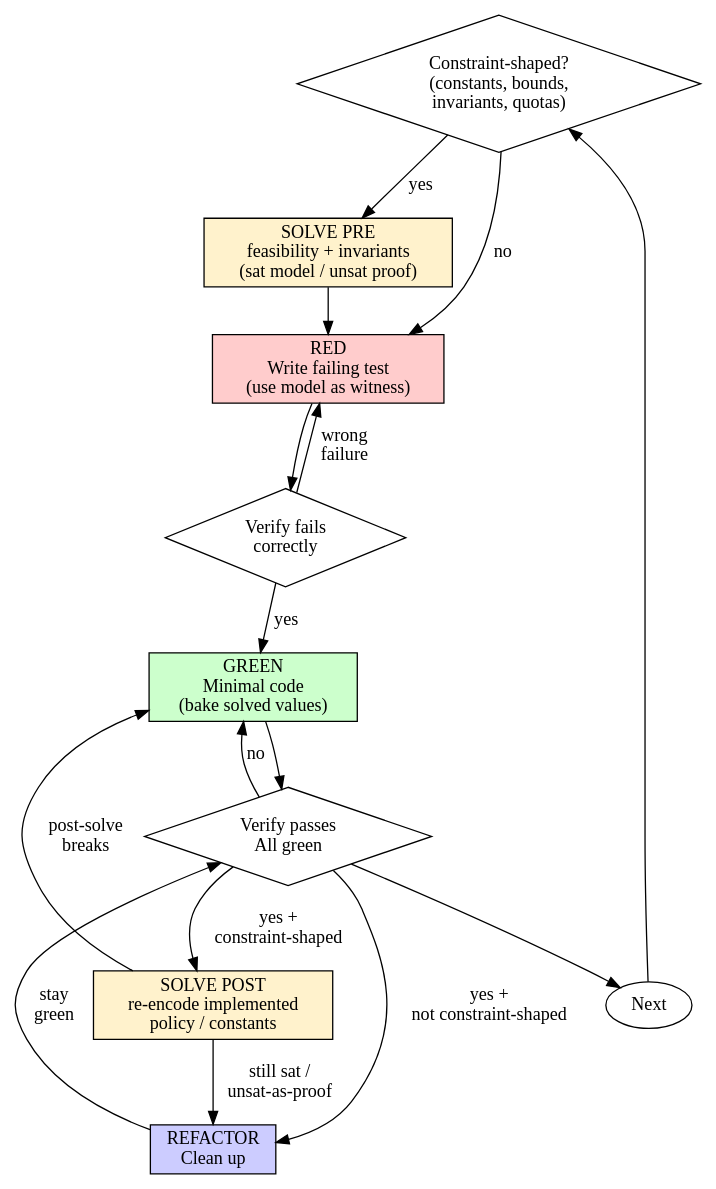
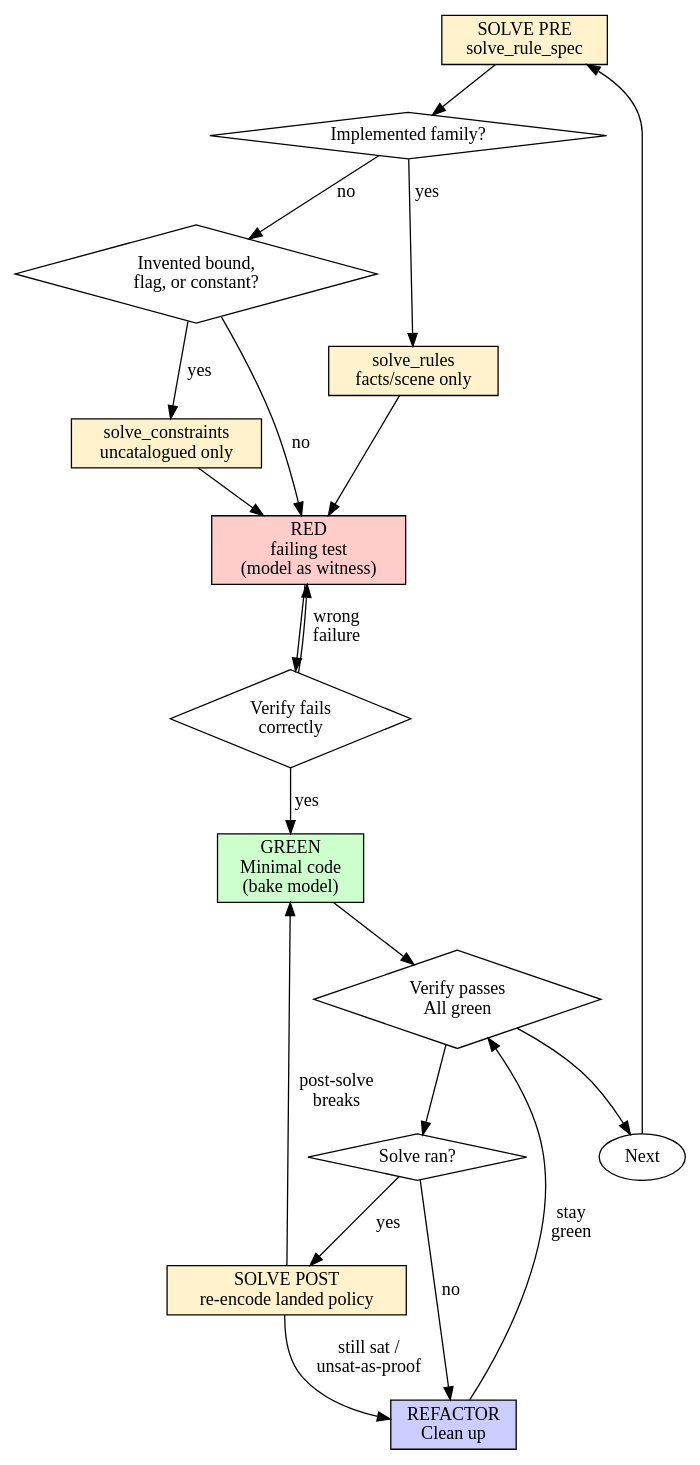
The diagram in .kimi/skills/spurpower-test-driven-development/SKILL.md (getspur/spur), drawn with Graphviz before and after one commit. The commit also changed other lines of this file and 2 other files, not shown here.

First line of the commit message:
docs(skills): require catalog-first sat models in TDD

````diff
--- a/.kimi/skills/spurpower-test-driven-development/SKILL.md
+++ b/.kimi/skills/spurpower-test-driven-development/SKILL.md
@@ -75,30 +78,38 @@
 ```dot
 digraph tdd_cycle {
     rankdir=TB;
-    decide [label="Constraint-shaped?\n(constants, bounds,\ninvariants, quotas)", shape=diamond];
-    solve_pre [label="SOLVE PRE\nfeasibility + invariants\n(sat model / unsat proof)", shape=box, style=filled, fillcolor="#fff2cc"];
-    red [label="RED\nWrite failing test\n(use model as witness)", shape=box, style=filled, fillcolor="#ffcccc"];
+    catalog [label="SOLVE PRE\nsolve_rule_spec", shape=box, style=filled, fillcolor="#fff2cc"];
+    family [label="Implemented family?", shape=diamond];
+    bounded [label="Invented bound,\nflag, or constant?", shape=diamond];
+    rules [label="solve_rules\nfacts/scene only", shape=box, style=filled, fillcolor="#fff2cc"];
+    generic [label="solve_constraints\nuncatalogued only", shape=box, style=filled, fillcolor="#fff2cc"];
+    red [label="RED\nfailing test\n(model as witness)", shape=box, style=filled, fillcolor="#ffcccc"];
     verify_red [label="Verify fails\ncorrectly", shape=diamond];
-    green [label="GREEN\nMinimal code\n(bake solved values)", shape=box, style=filled, fillcolor="#ccffcc"];
+    green [label="GREEN\nMinimal code\n(bake model)", shape=box, style=filled, fillcolor="#ccffcc"];
     verify_green [label="Verify passes\nAll green", shape=diamond];
-    solve_post [label="SOLVE POST\nre-encode implemented\npolicy / constants", shape=box, style=filled, fillcolor="#fff2cc"];
+    solved [label="Solve ran?", shape=diamond];
+    solve_post [label="SOLVE POST\nre-encode landed policy", shape=box, style=filled, fillcolor="#fff2cc"];
     refactor [label="REFACTOR\nClean up", shape=box, style=filled, fillcolor="#ccccff"];
     next [label="Next", shape=ellipse];
 
-    decide -> solve_pre [label="yes"];
-    decide -> red [label="no"];
-    solve_pre -> red;
+    catalog -> family;
+    family -> rules [label="yes"];
+    family -> bounded [label="no"];
+    bounded -> generic [label="yes"];
+    bounded -> red [label="no"];
+    rules -> red;
+    generic -> red;
     red -> verify_red;
     verify_red -> green [label="yes"];
     verify_red -> red [label="wrong\nfailure"];
     green -> verify_green;
-    verify_green -> solve_post [label="yes +\nconstraint-shaped"];
-    verify_green -> refactor [label="yes +\nnot constraint-shaped"];
-    verify_green -> green [label="no"];
+    verify_green -> solved;
+    solved -> solve_post [label="yes"];
+    solved -> refactor [label="no"];
     solve_post -> refactor [label="still sat /\nunsat-as-proof"];
     solve_post -> green [label="post-solve\nbreaks"];
     refactor -> verify_green [label="stay\ngreen"];
     verify_green -> next;
-    next -> decide;
+    next -> catalog;
 }
 ```
````
